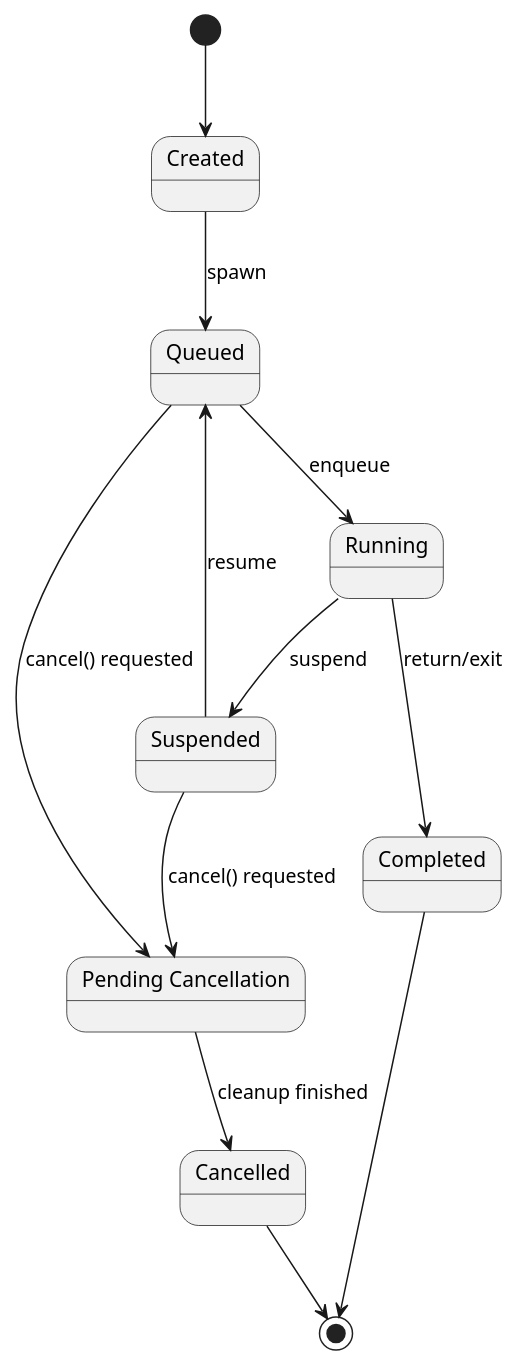
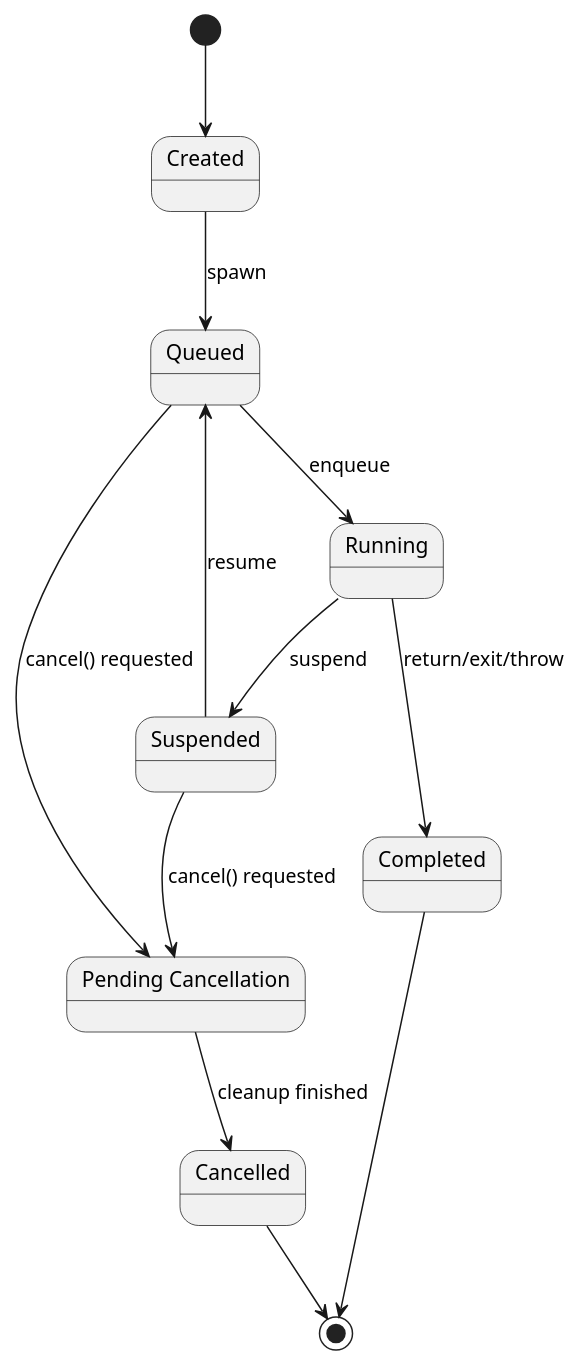
The first of 3 diagrams in basic.md (true-async/php-true-async-rfc), drawn with PlantUML before and after one commit.

Commit message:
Update coroutine state transition to include 'throw' in completion

````diff
--- a/basic.md
+++ b/basic.md
@@ -427,26 +427,26 @@
 ```plantuml
 @startuml
 state "Created" as Created
 state "Queued" as Queued
 state "Running" as Running
 state "Suspended" as Suspended
 state "Completed" as Completed
 state "Pending Cancellation" as Pending
 state "Cancelled" as Cancelled
 
 [*] --> Created
 Created --> Queued : spawn
 Queued --> Running : enqueue
 Running --> Suspended : suspend
 Suspended --> Queued : resume
-Running --> Completed : return/exit
+Running --> Completed : return/exit/throw
 
 Pending --> Cancelled : cleanup finished
 Suspended --> Pending : cancel() requested
 Queued -> Pending : cancel() requested
 
 Completed --> [*]
 Cancelled --> [*]
 
 @enduml
 ```
````
